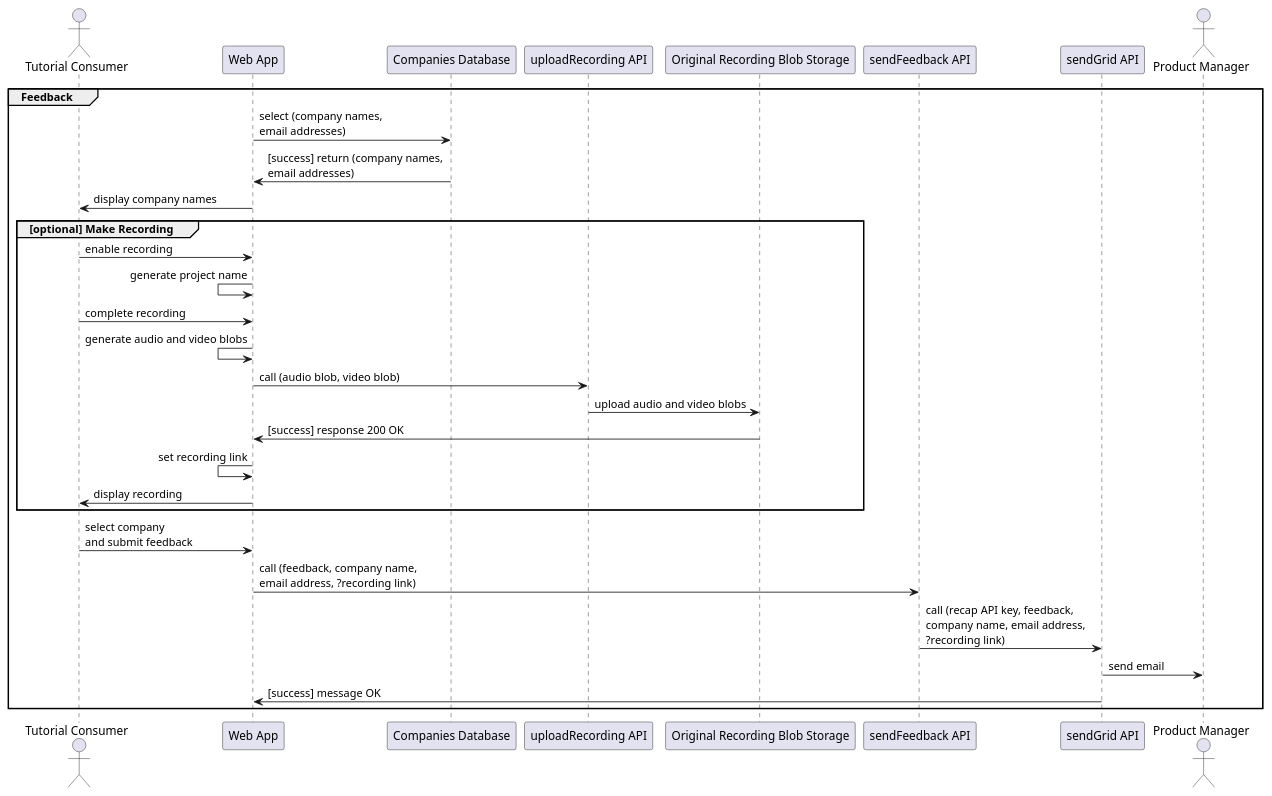
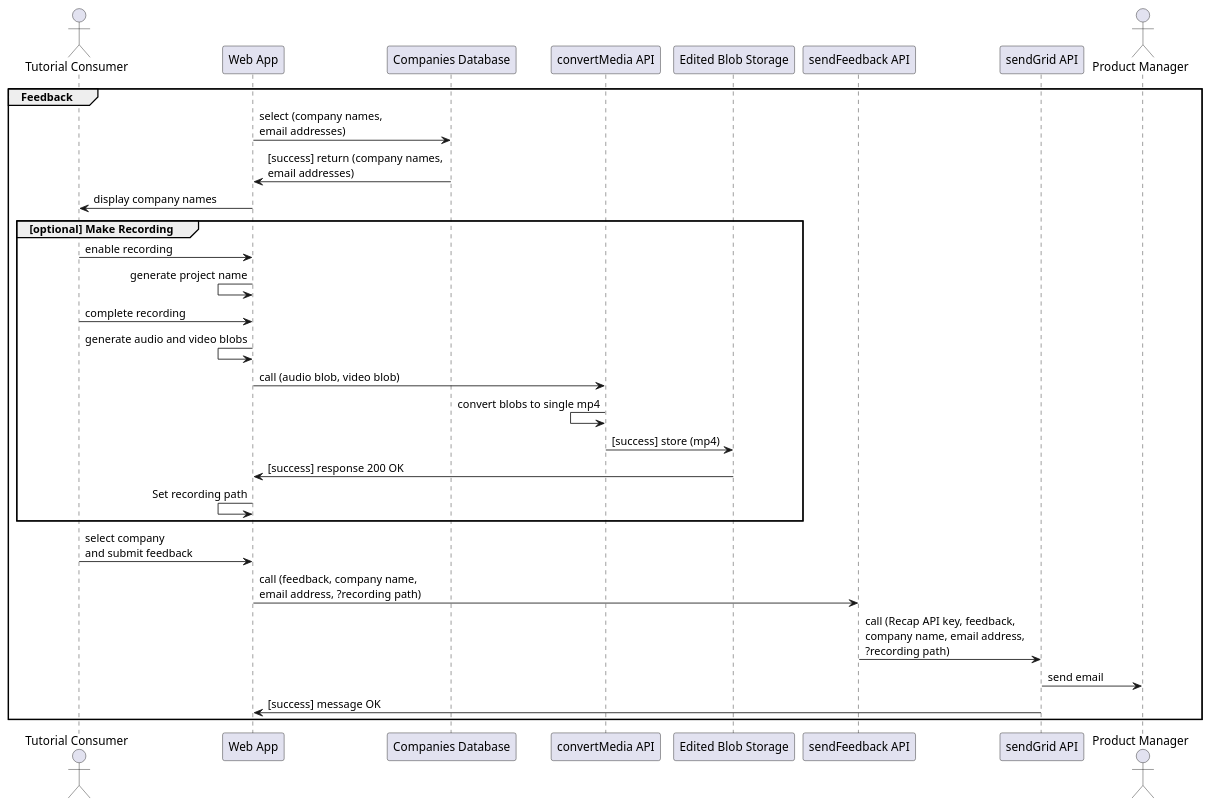
One commit to jennifer-platt/ECM2429-UML changed the diagram in examples/feedback.puml. Above: the diagram before and after it, drawn with PlantUML. The commit also changed 5 other files, not shown here.

Commit message:
Updated diagrams

```diff
--- a/examples/feedback.puml
+++ b/examples/feedback.puml
@@ -1,31 +1,32 @@
 @startuml feedback
 
 Actor "Tutorial Consumer"
 
 group Feedback
 "Web App" -> "Companies Database": select (company names, \nemail addresses)
 "Web App" <- "Companies Database": [success] return (company names, \nemail addresses)
 "Tutorial Consumer" <- "Web App": display company names
 
 group [optional] Make Recording
 "Tutorial Consumer" -> "Web App": enable recording
 "Web App" <- "Web App": generate project name
 "Tutorial Consumer" -> "Web App": complete recording
 
 "Web App" <- "Web App": generate audio and video blobs
-"Web App" -> "uploadRecording API": call (audio blob, video blob)
-"uploadRecording API" -> "Original Recording Blob Storage": upload audio and video blobs
-"Web App" <- "Original Recording Blob Storage": [success] response 200 OK
-"Web App" <- "Web App": set recording link
-"Tutorial Consumer" <- "Web App": display recording
+
+"Web App" -> "convertMedia API": call (audio blob, video blob)
+"convertMedia API" <- "convertMedia API": convert blobs to single mp4
+"Edited Blob Storage" <- "convertMedia API": [success] store (mp4)
+"Web App" <- "Edited Blob Storage": [success] response 200 OK
+"Web App" <- "Web App": Set recording path
 end
 
 "Tutorial Consumer" -> "Web App": select company \nand submit feedback
-"Web App" -> "sendFeedback API": call (feedback, company name, \nemail address, ?recording link)
-"sendFeedback API" ->  "sendGrid API": call (recap API key, feedback, \ncompany name, email address, \n?recording link)
+"Web App" -> "sendFeedback API": call (feedback, company name, \nemail address, ?recording path)
+"sendFeedback API" ->  "sendGrid API": call (Recap API key, feedback, \ncompany name, email address, \n?recording path)
 Actor "Product Manager"
 "sendGrid API" -> "Product Manager": send email
 "sendGrid API" -> "Web App": [success] message OK
 end
 
 @enduml
```
